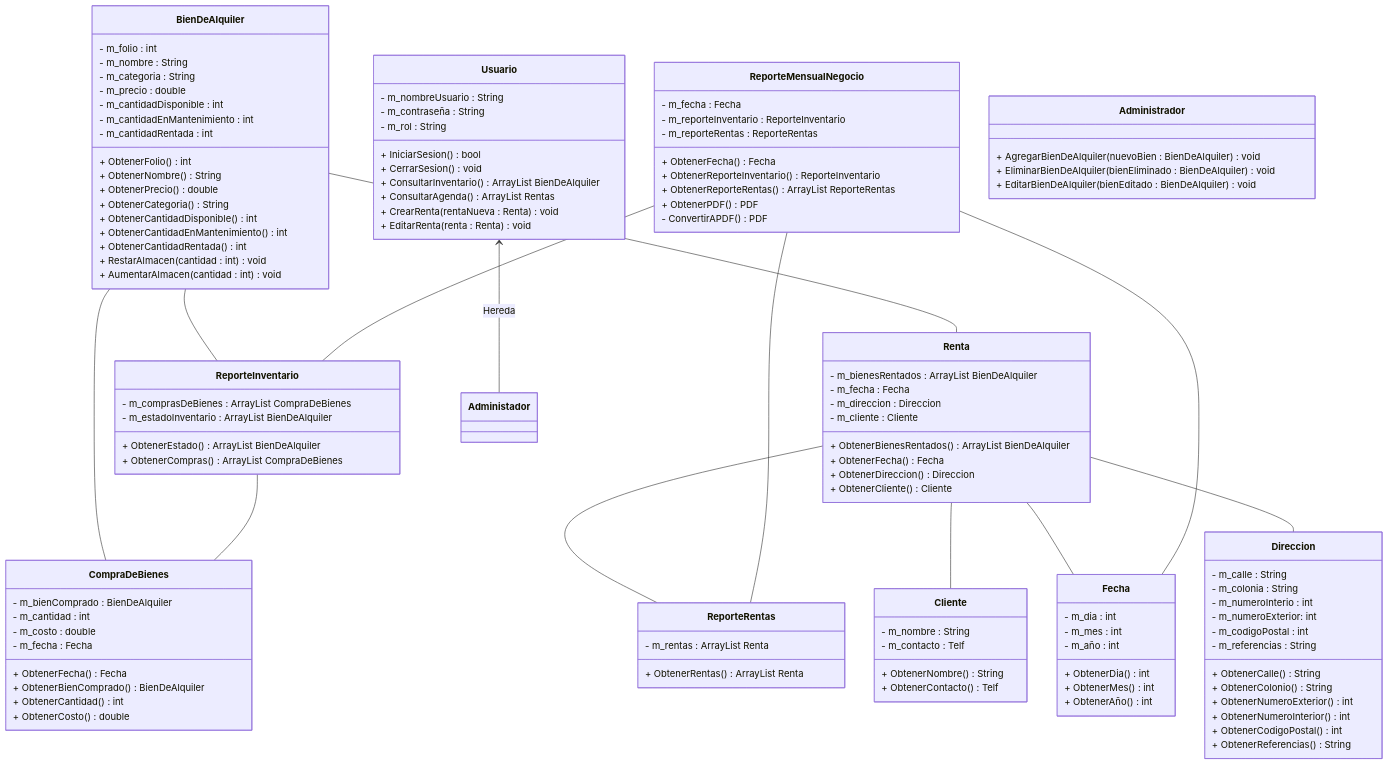
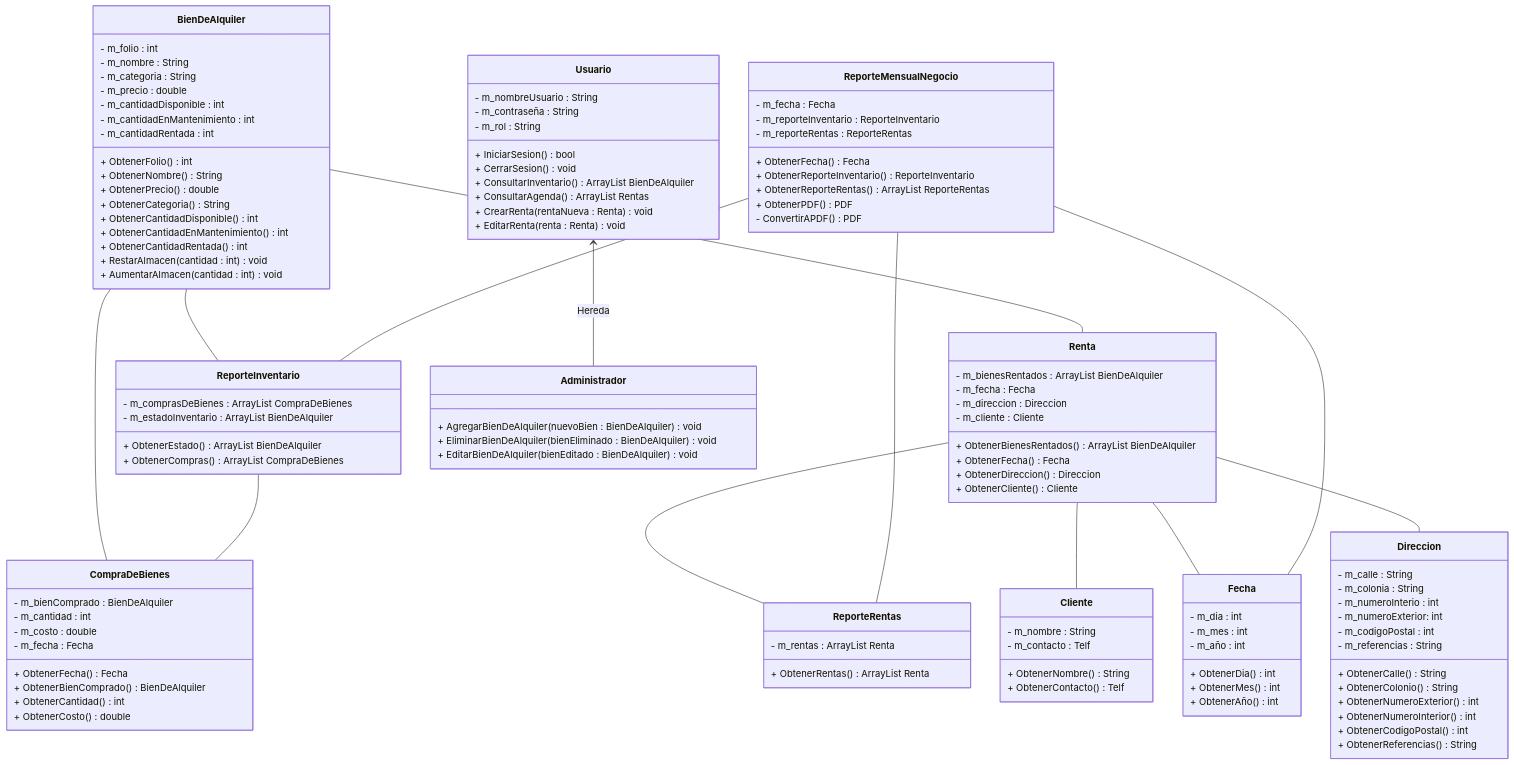
One commit to JuanJoseVargasArvizu/ProyectoPromotoraEventos changed the diagram in Documentacion/Diagramas/DiagramaDeClases.mmd. Above: the diagram before and after it, drawn with Mermaid.

Commit message:
Correcion de commit anterior

```diff
--- a/Documentacion/Diagramas/DiagramaDeClases.mmd
+++ b/Documentacion/Diagramas/DiagramaDeClases.mmd
@@ -1,130 +1,130 @@
 classDiagram
 
 BienDeAlquiler -- ReporteInventario
 BienDeAlquiler -- CompraDeBienes
 BienDeAlquiler -- Renta
 Renta -- ReporteRentas
 Renta -- Cliente
 Renta -- Fecha
 Renta -- Direccion
 ReporteInventario -- CompraDeBienes
 ReporteMensualNegocio -- ReporteInventario
 ReporteMensualNegocio -- ReporteRentas
 ReporteMensualNegocio -- Fecha
-Usuario <-- Administador :Hereda
+Usuario <-- Administrador :Hereda
 
 
 class BienDeAlquiler{
     - m_folio : int   
     - m_nombre : String
     - m_categoria : String
     - m_precio : double
     - m_cantidadDisponible : int
     - m_cantidadEnMantenimiento : int
     - m_cantidadRentada : int
 
     + ObtenerFolio() int
     + ObtenerNombre() String
     + ObtenerPrecio() double
     + ObtenerCategoria() String
     + ObtenerCantidadDisponible() int
     + ObtenerCantidadEnMantenimiento() int
     + ObtenerCantidadRentada() int
     + RestarAlmacen(cantidad : int) void
     + AumentarAlmacen(cantidad : int) void
 }
 
 class CompraDeBienes{
     - m_bienComprado : BienDeAlquiler
     - m_cantidad : int
     - m_costo : double
     - m_fecha : Fecha
     + ObtenerFecha() Fecha
     + ObtenerBienComprado() BienDeAlquiler 
     + ObtenerCantidad() int
     + ObtenerCosto() double
 }
 
 class ReporteMensualNegocio{
     - m_fecha : Fecha
     - m_reporteInventario : ReporteInventario
     - m_reporteRentas : ReporteRentas
     + ObtenerFecha() Fecha
     + ObtenerReporteInventario() ReporteInventario
     + ObtenerReporteRentas() ArrayList ReporteRentas
     + ObtenerPDF() PDF
     - ConvertirAPDF() PDF
 
 }
 
 class ReporteInventario{
     - m_comprasDeBienes : ArrayList CompraDeBienes
     - m_estadoInventario : ArrayList BienDeAlquiler
     + ObtenerEstado() ArrayList BienDeAlquiler
     + ObtenerCompras() ArrayList CompraDeBienes
 }
 
 class ReporteRentas{
     - m_rentas : ArrayList Renta
     + ObtenerRentas() ArrayList Renta
 }
 
 class Renta{
     - m_bienesRentados : ArrayList BienDeAlquiler
     - m_fecha : Fecha
     - m_direccion : Direccion
     - m_cliente : Cliente
     + ObtenerBienesRentados() ArrayList BienDeAlquiler
     + ObtenerFecha() Fecha
     + ObtenerDireccion() Direccion
     + ObtenerCliente() Cliente
 }
 
 class Cliente{
     - m_nombre : String
     - m_contacto : Telf
     + ObtenerNombre() String
     + ObtenerContacto() Telf
 }
 
 class Fecha{
     - m_dia : int
     - m_mes : int
     - m_año : int
     + ObtenerDia() int
     + ObtenerMes() int
     + ObtenerAño() int
 }
 
 class Direccion{
     - m_calle : String
     - m_colonia : String
     - m_numeroInterio : int
     - m_numeroExterior: int
     - m_codigoPostal : int
     - m_referencias : String
     + ObtenerCalle() String
     + ObtenerColonio() String
     + ObtenerNumeroExterior() int
     + ObtenerNumeroInterior() int
     + ObtenerCodigoPostal() int
     + ObtenerReferencias() String
 }
 
 class Usuario {
     - m_nombreUsuario : String
     - m_contraseña : String
     - m_rol : String
     + IniciarSesion() bool
     + CerrarSesion() void
     + ConsultarInventario() ArrayList BienDeAlquiler
     + ConsultarAgenda() ArrayList Rentas
     + CrearRenta(rentaNueva : Renta) void
     + EditarRenta(renta : Renta) void
 }
 
 class Administrador {
     + AgregarBienDeAlquiler(nuevoBien : BienDeAlquiler) void
     + EliminarBienDeAlquiler(bienEliminado : BienDeAlquiler) void
     + EditarBienDeAlquiler(bienEditado : BienDeAlquiler) void
 }
```
